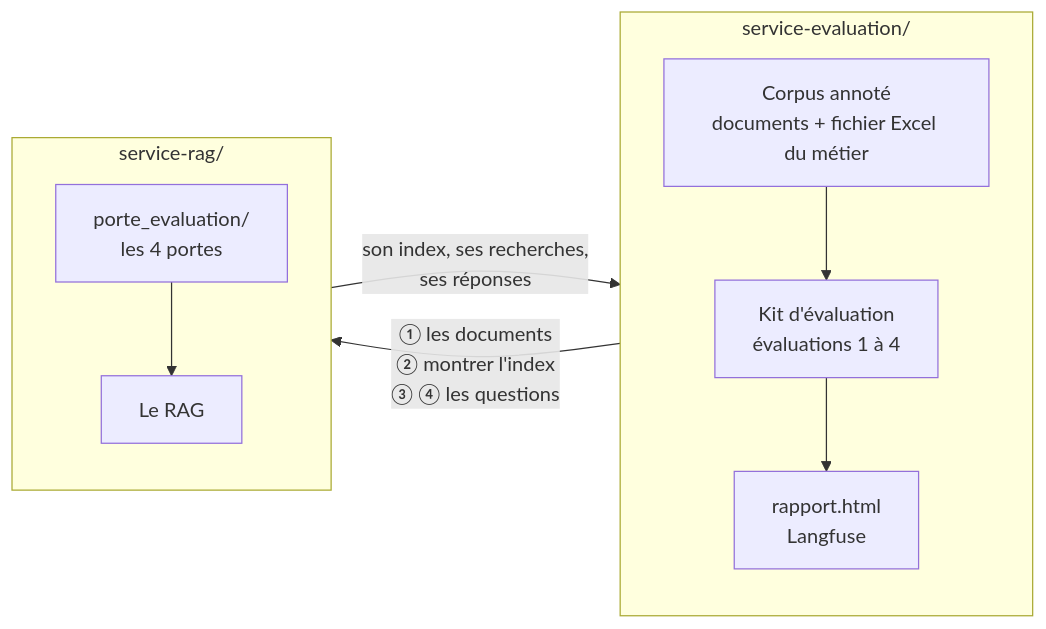
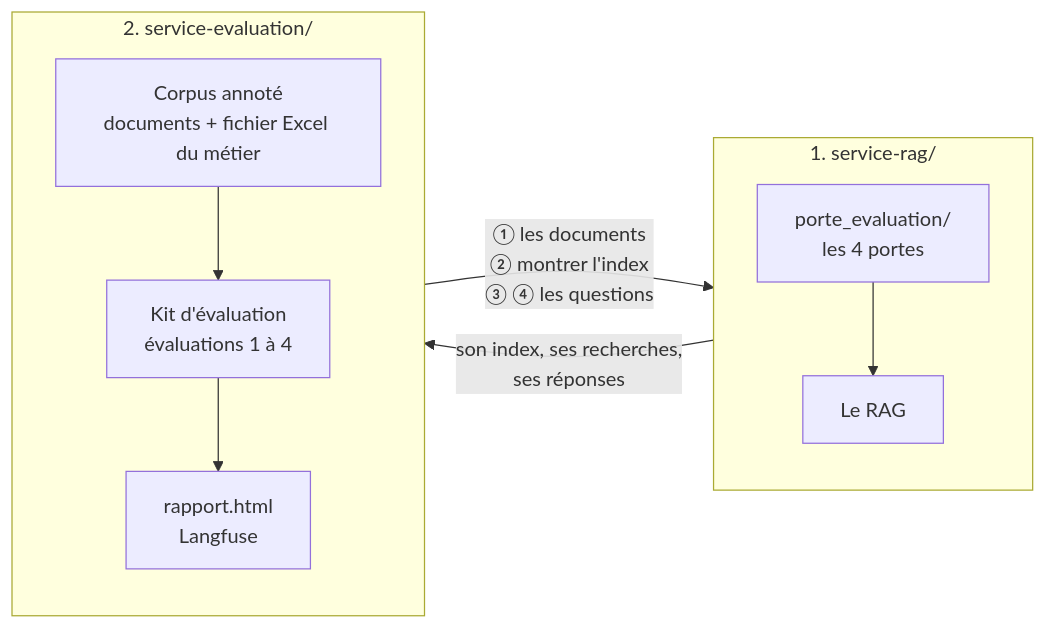
The diagram in README.md (floSa/RAG-Evaluation), drawn with Mermaid before and after one commit. The commit also changed other lines of this file, not shown here.

Commit message:
README : accroche, les deux parties, les quatre portes, les étapes en tableau, l'arborescence à la fin

````diff
--- a/README.md
+++ b/README.md
@@ -12,18 +21,18 @@
 ```mermaid
 flowchart LR
-    subgraph E["service-evaluation/"]
+    subgraph R["1. service-rag/"]
+        direction TB
+        X["Le RAG"]
+        P["porte_evaluation/<br/>les 4 portes"]
+        P --> X
+    end
+    subgraph E["2. service-evaluation/"]
         direction TB
         C["Corpus annoté<br/>documents + fichier Excel du métier"]
         K["Kit d'évaluation<br/>évaluations 1 à 4"]
         D["rapport.html<br/>Langfuse"]
         C --> K --> D
     end
-    subgraph R["service-rag/"]
-        direction TB
-        P["porte_evaluation/<br/>les 4 portes"]
-        X["Le RAG"]
-        P --> X
-    end
     K -- "① les documents<br/>② montrer l'index<br/>③ ④ les questions" --> P
     P -- "son index, ses recherches,<br/>ses réponses" --> K
 ```
````
